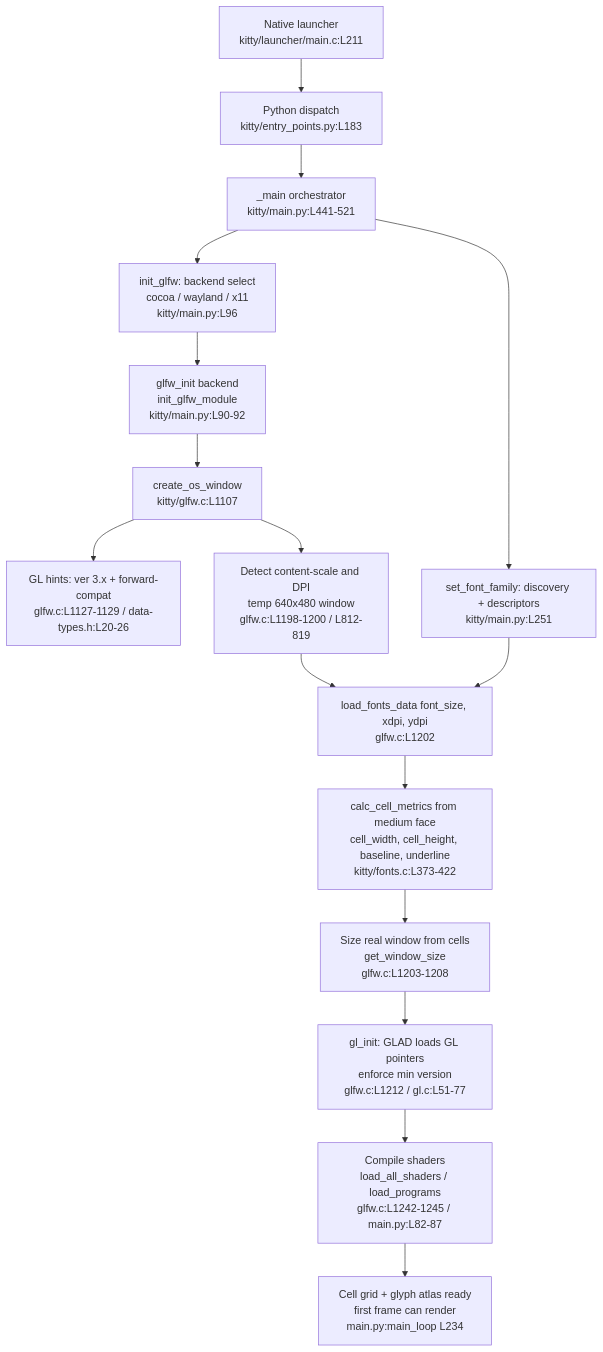
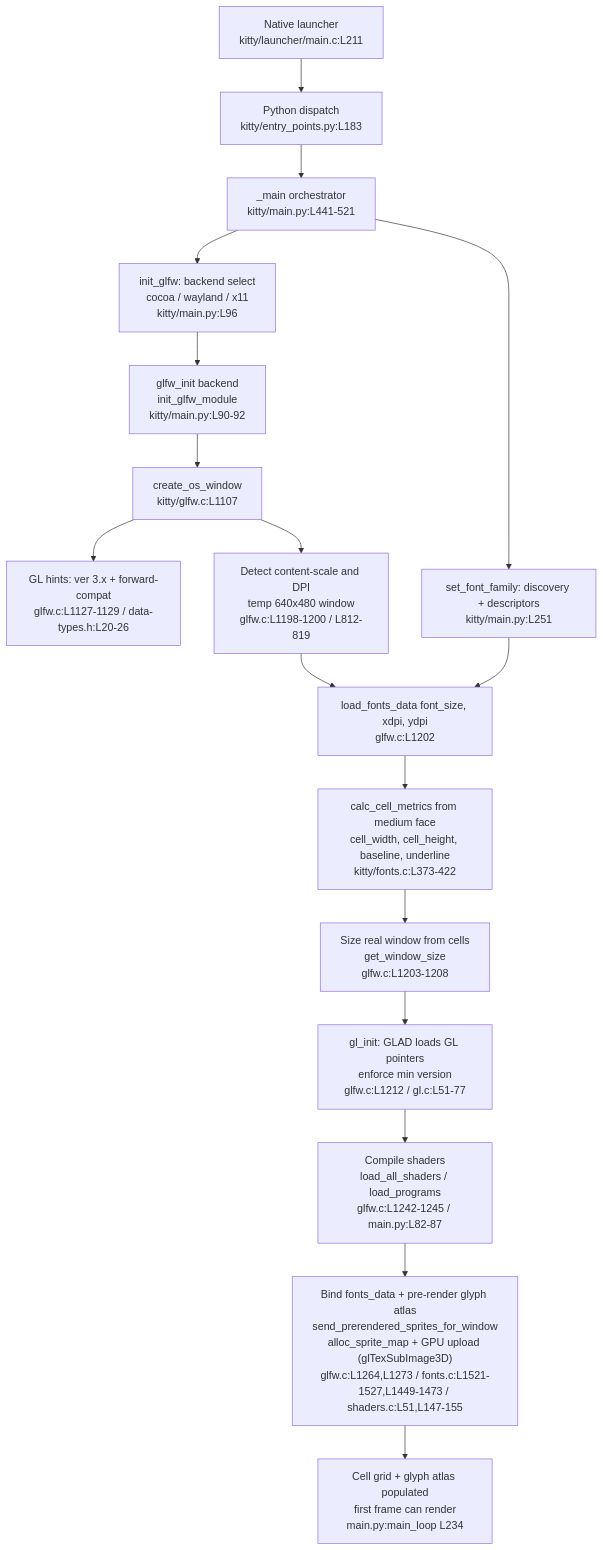
Before and after one commit to blitzy-research/kitty: the diagram in blitzy/documentation/kitty_815df1e210e0.md, drawn with Mermaid. The commit also changed other lines of this file, not shown here.

First line of the commit message:
docs: address review findings in kitty startup (pre-first-frame) analysis

````diff
--- a/blitzy/documentation/kitty_815df1e210e0.md
+++ b/blitzy/documentation/kitty_815df1e210e0.md
@@ -513,20 +514,22 @@
 ```mermaid
 graph TD
     A["Native launcher<br/>kitty/launcher/main.c:L211"] --> B["Python dispatch<br/>kitty/entry_points.py:L183"]
     B --> C["_main orchestrator<br/>kitty/main.py:L441-521"]
     C --> D["init_glfw: backend select<br/>cocoa / wayland / x11<br/>kitty/main.py:L96"]
     D --> E["glfw_init backend<br/>init_glfw_module<br/>kitty/main.py:L90-92"]
     E --> F["create_os_window<br/>kitty/glfw.c:L1107"]
     F --> G["GL hints: ver 3.x + forward-compat<br/>glfw.c:L1127-1129 / data-types.h:L20-26"]
     F --> H["Detect content-scale and DPI<br/>temp 640x480 window<br/>glfw.c:L1198-1200 / L812-819"]
     H --> I["load_fonts_data font_size, xdpi, ydpi<br/>glfw.c:L1202"]
     C --> J["set_font_family: discovery + descriptors<br/>kitty/main.py:L251"]
     J --> I
     I --> K["calc_cell_metrics from medium face<br/>cell_width, cell_height, baseline, underline<br/>kitty/fonts.c:L373-422"]
     K --> L["Size real window from cells<br/>get_window_size<br/>glfw.c:L1203-1208"]
     L --> M["gl_init: GLAD loads GL pointers<br/>enforce min version<br/>glfw.c:L1212 / gl.c:L51-77"]
     M --> N["Compile shaders<br/>load_all_shaders / load_programs<br/>glfw.c:L1242-1245 / main.py:L82-87"]
-    N --> O["Cell grid + glyph atlas ready<br/>first frame can render<br/>main.py:main_loop L234"]
+    N --> P["Bind fonts_data + pre-render glyph atlas<br/>send_prerendered_sprites_for_window<br/>alloc_sprite_map + GPU upload (glTexSubImage3D)<br/>glfw.c:L1264,L1273 / fonts.c:L1521-1527,L1449-1473 / shaders.c:L51,L147-155"]
+    P --> O["Cell grid + glyph atlas populated<br/>first frame can render<br/>main.py:main_loop L234"]
     %% Causal chain: cell metrics depend on font metrics + DPI, which depend on
     %% the window/monitor, which depends on the selected GLFW backend.
+    %% Pre-render step (N->P->O) fills the glyph atlas on the GPU before the first frame.
 ```
````
